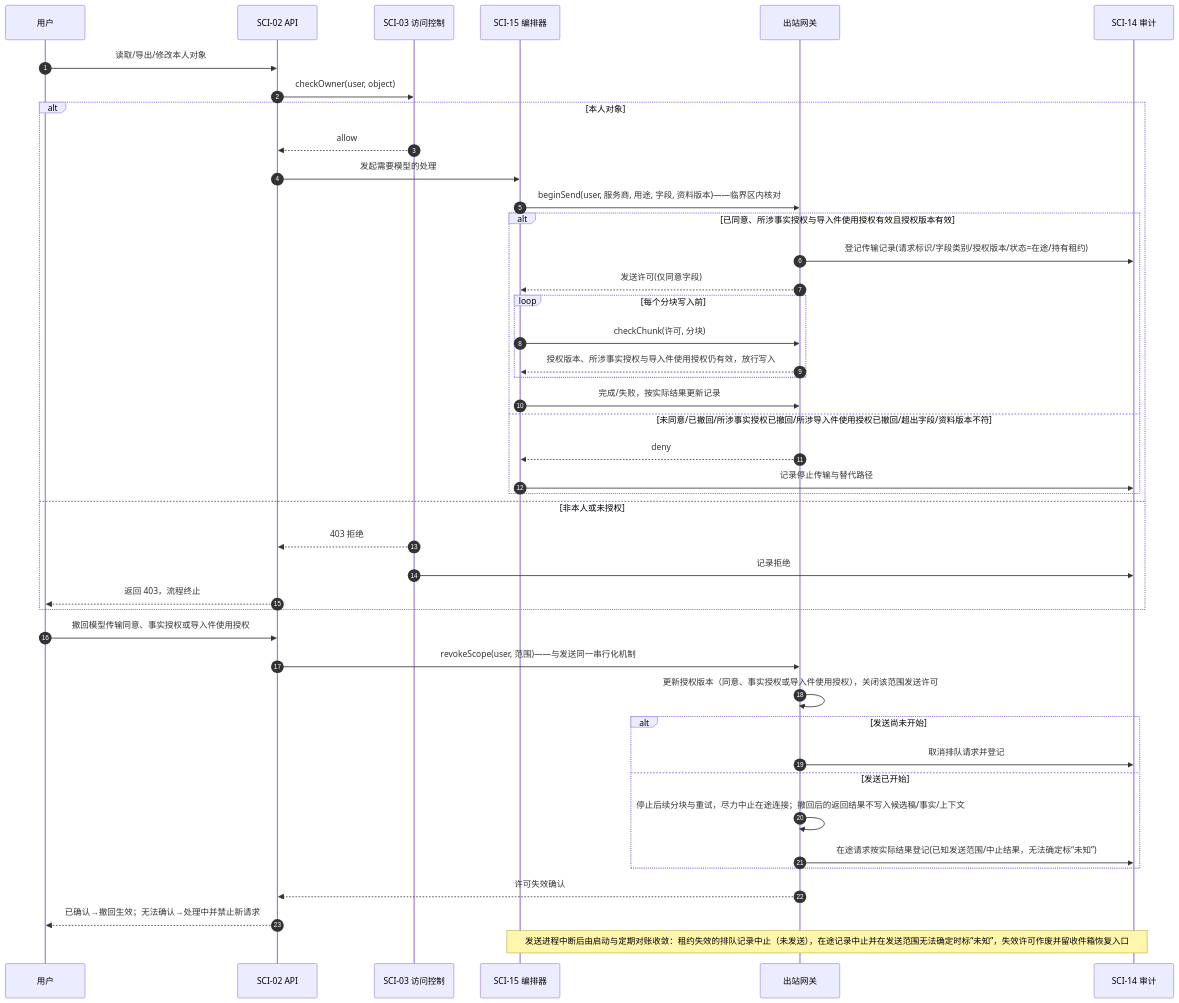
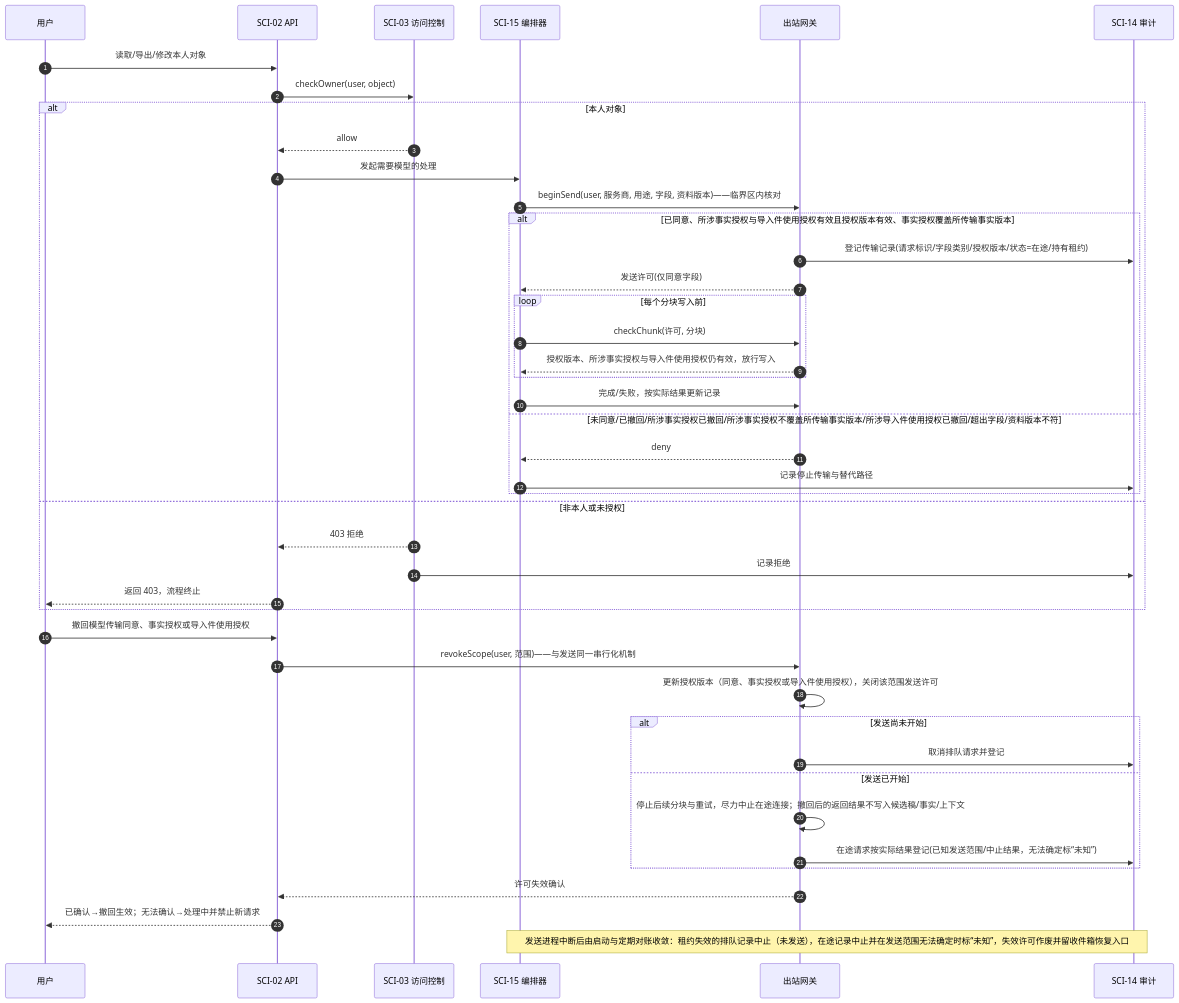
Before and after one commit to LotteryCamp/OfferPilot: diagram 18 of 23 in docs/design/system-design/offerpilot-system-design.md, drawn with Mermaid. The commit also changed other lines of this file, not shown here.

````diff
--- a/docs/design/system-design/offerpilot-system-design.md
+++ b/docs/design/system-design/offerpilot-system-design.md
@@ -1514,45 +1515,45 @@
 ```mermaid
 sequenceDiagram
     autonumber
     participant USR as 用户
     participant API as SCI-02 API
     participant AU as SCI-03 访问控制
     participant AG as SCI-15 编排器
     participant GW as 出站网关
     participant AUD as SCI-14 审计
     USR->>API: 读取/导出/修改本人对象
     API->>AU: checkOwner(user, object)
     alt 本人对象
         AU-->>API: allow
         API->>AG: 发起需要模型的处理
         AG->>GW: beginSend(user, 服务商, 用途, 字段, 资料版本)——临界区内核对
-        alt 已同意、所涉事实授权与导入件使用授权有效且授权版本有效
+        alt 已同意、所涉事实授权与导入件使用授权有效且授权版本有效、事实授权覆盖所传输事实版本
             GW->>AUD: 登记传输记录(请求标识/字段类别/授权版本/状态=在途/持有租约)
             GW-->>AG: 发送许可(仅同意字段)
             loop 每个分块写入前
                 AG->>GW: checkChunk(许可, 分块)
                 GW-->>AG: 授权版本、所涉事实授权与导入件使用授权仍有效，放行写入
             end
             AG->>GW: 完成/失败，按实际结果更新记录
-        else 未同意/已撤回/所涉事实授权已撤回/所涉导入件使用授权已撤回/超出字段/资料版本不符
+        else 未同意/已撤回/所涉事实授权已撤回/所涉事实授权不覆盖所传输事实版本/所涉导入件使用授权已撤回/超出字段/资料版本不符
             GW-->>AG: deny
             AG->>AUD: 记录停止传输与替代路径
         end
     else 非本人或未授权
         AU-->>API: 403 拒绝
         AU->>AUD: 记录拒绝
         API-->>USR: 返回 403，流程终止
     end
     USR->>API: 撤回模型传输同意、事实授权或导入件使用授权
     API->>GW: revokeScope(user, 范围)——与发送同一串行化机制
     GW->>GW: 更新授权版本（同意、事实授权或导入件使用授权），关闭该范围发送许可
     alt 发送尚未开始
         GW->>AUD: 取消排队请求并登记
     else 发送已开始
         GW->>GW: 停止后续分块与重试，尽力中止在途连接；撤回后的返回结果不写入候选稿/事实/上下文
         GW->>AUD: 在途请求按实际结果登记(已知发送范围/中止结果，无法确定标“未知”)
     end
     GW-->>API: 许可失效确认
     API-->>USR: 已确认→撤回生效；无法确认→处理中并禁止新请求
     note over AG,AUD: 发送进程中断后由启动与定期对账收敛：租约失效的排队记录中止（未发送），在途记录中止并在发送范围无法确定时标“未知”，失效许可作废并留收件箱恢复入口
 ```
````
